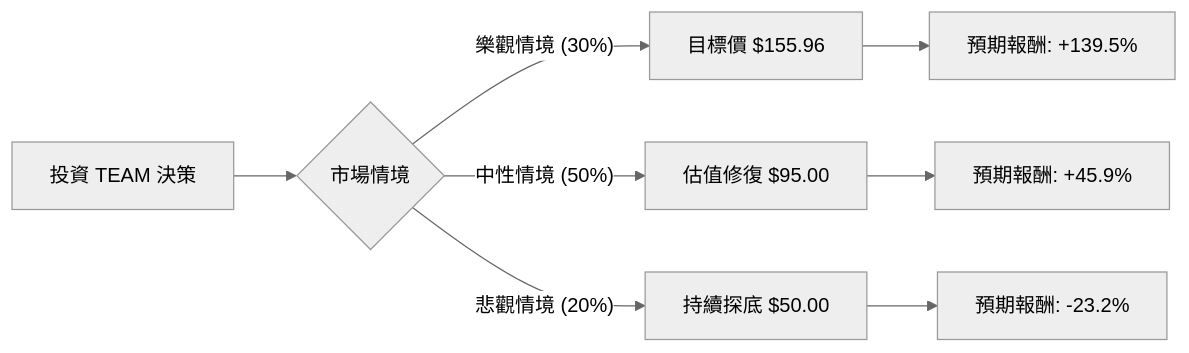
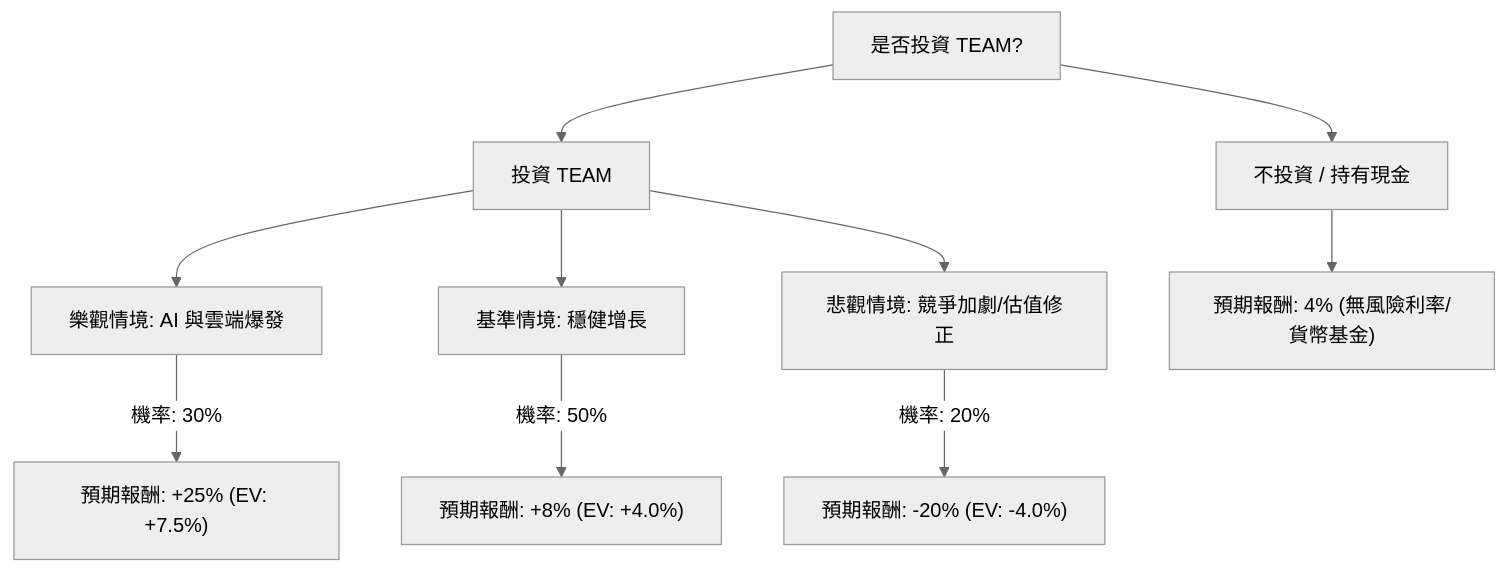
One commit to zmcx16/zmcx16.github.io changed the diagram in plugin-react/ai-analysis/ev-analysis/TEAM.md. Above: the diagram before and after it, drawn with Mermaid (neutral theme). The commit also changed other lines of this file and 77 other files, not shown here.

````diff
--- a/plugin-react/ai-analysis/ev-analysis/TEAM.md
+++ b/plugin-react/ai-analysis/ev-analysis/TEAM.md
@@ -19,13 +19,15 @@
 ```mermaid
-graph LR
-    A[投資 TEAM 決策] --> B{市場情境}
-    
-    B -- 樂觀情境 (30%) --> C[目標價 $155.96]
-    C --> C1[預期報酬: +139.5%]
-    
-    B -- 中性情境 (50%) --> D[估值修復 $95.00]
-    D --> D1[預期報酬: +45.9%]
-    
-    B -- 悲觀情境 (20%) --> E[持續探底 $50.00]
-    E --> E1[預期報酬: -23.2%]
+graph TD
+    Start[是否投資 TEAM?] --> Invest[投資 TEAM]
+    Start --> NoInvest[不投資 / 持有現金]
+
+    Invest --> Bull[樂觀情境: AI 與雲端爆發]
+    Invest --> Base[基準情境: 穩健增長]
+    Invest --> Bear[悲觀情境: 競爭加劇/估值修正]
+
+    Bull -- "機率: 30%" --> BullVal["預期報酬: +25% (EV: +7.5%)"]
+    Base -- "機率: 50%" --> BaseVal["預期報酬: +8% (EV: +4.0%)"]
+    Bear -- "機率: 20%" --> BearVal["預期報酬: -20% (EV: -4.0%)"]
+
+    NoInvest --> Cash["預期報酬: 4% (無風險利率/貨幣基金)"]
 ```
````
